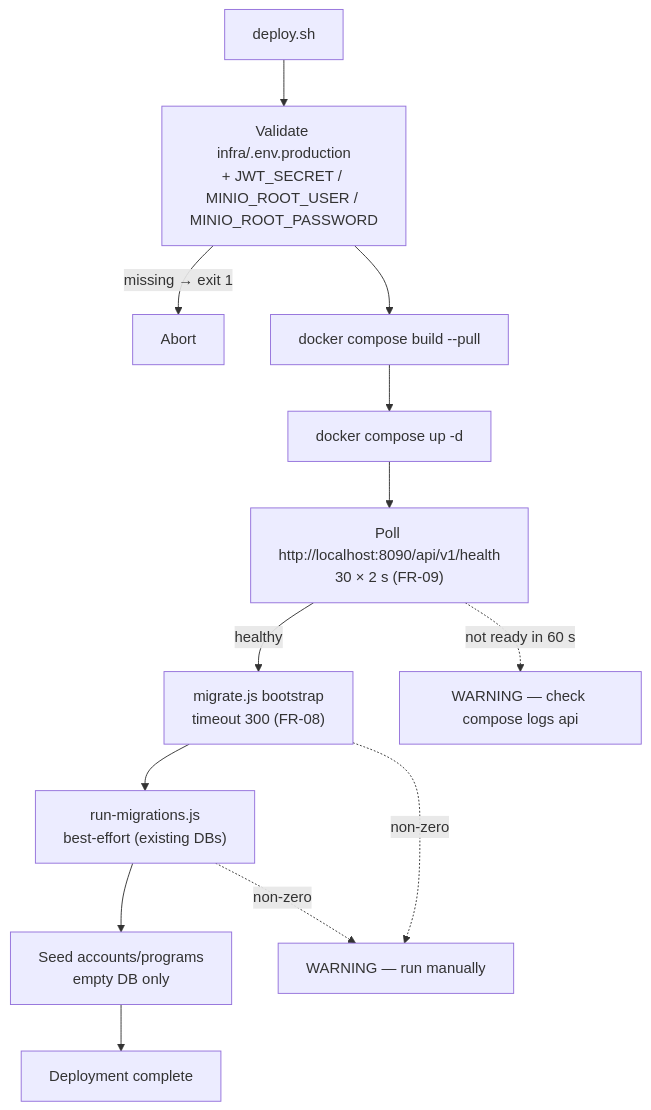
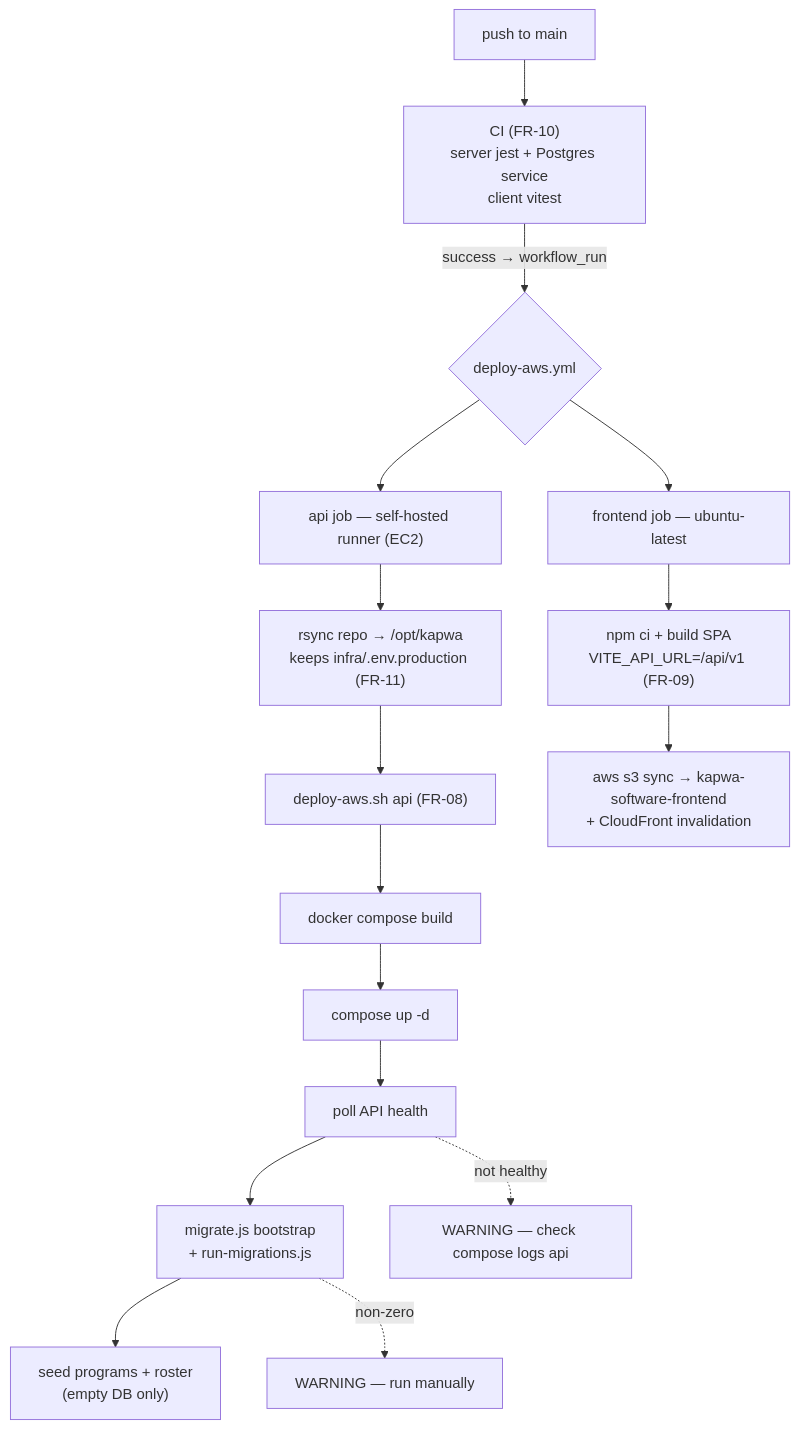
The second of 2 diagrams in docs/diagrams/09-deployment-diagram.md (urlsalimbot/THESIS1-KAPWA), drawn with Mermaid before and after one commit. The commit also changed other lines of this file and 1 other file, not shown here.

First line of the commit message:
docs(architecture): describe the AWS production topology

````diff
--- a/docs/diagrams/09-deployment-diagram.md
+++ b/docs/diagrams/09-deployment-diagram.md
@@ -59,15 +61,21 @@
 ```mermaid
 flowchart TD
-  Start["deploy.sh"] --> Env["Validate infra/.env.production<br/>+ JWT_SECRET / MINIO_ROOT_USER / MINIO_ROOT_PASSWORD"]
-  Env -->|"missing → exit 1"| Fail["Abort"]
-  Env --> Build["docker compose build --pull"]
-  Build --> Up["docker compose up -d"]
-  Up --> Health["Poll http://localhost:8090/api/v1/health<br/>30 × 2 s (FR-09)"]
-  Health -->|"healthy"| Migrate["migrate.js bootstrap<br/>timeout 300 (FR-08)"]
-  Migrate --> Inc["run-migrations.js<br/>best-effort (existing DBs)"]
-  Inc --> Seed["Seed accounts/programs<br/>empty DB only"]
-  Seed --> Done["Deployment complete"]
-  Health -.->|"not ready in 60 s"| Warn["WARNING — check compose logs api"]
+  Push["push to main"] --> CI["CI (FR-10)<br/>server jest + Postgres service<br/>client vitest"]
+  CI -->|"success → workflow_run"| Dispatch{"deploy-aws.yml"}
+
+  Dispatch --> ApiJob["api job — self-hosted runner (EC2)"]
+  ApiJob --> Sync["rsync repo → /opt/kapwa<br/>keeps infra/.env.production (FR-11)"]
+  Sync --> DeployApi["deploy-aws.sh api (FR-08)"]
+  DeployApi --> Build["docker compose build"]
+  Build --> Up["compose up -d"]
+  Up --> HealthPoll["poll API health"]
+  HealthPoll --> Migrate["migrate.js bootstrap<br/>+ run-migrations.js"]
+  Migrate --> Seed["seed programs + roster<br/>(empty DB only)"]
+
+  Dispatch --> FeJob["frontend job — ubuntu-latest"]
+  FeJob --> BuildSpa["npm ci + build SPA<br/>VITE_API_URL=/api/v1 (FR-09)"]
+  BuildSpa --> S3Sync["aws s3 sync → kapwa-software-frontend<br/>+ CloudFront invalidation"]
+
+  HealthPoll -.->|"not healthy"| Warn["WARNING — check compose logs api"]
   Migrate -.->|"non-zero"| Warn2["WARNING — run manually"]
-  Inc -.->|"non-zero"| Warn2
 ```
````
